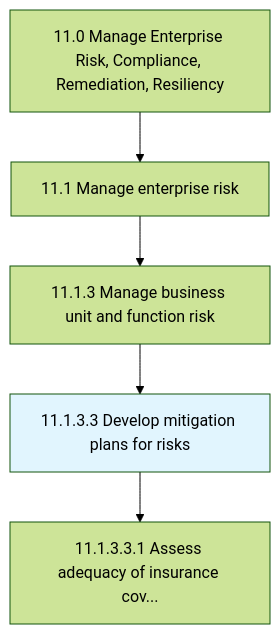
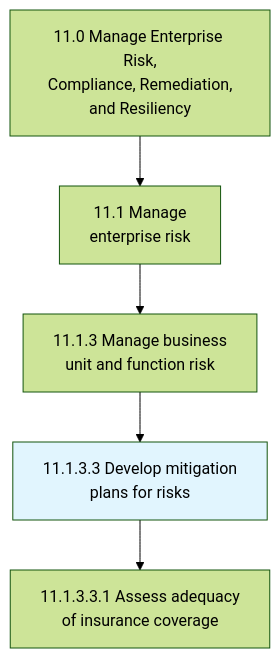
One commit to kziemski/business.org.ai changed the first of 3 diagrams in processes/11-Risk/11.1-ManageEnterpriseRisk/11.1.3-ManageBusinessUnitFunction/11.1.3.3-DevelopMitigationPlansRisks/index.mdx. Above: the diagram before and after it, drawn with Mermaid (forest theme). The commit also changed other lines of this file and 885 other files, not shown here.

````diff
--- a/processes/11-Risk/11.1-ManageEnterpriseRisk/11.1.3-ManageBusinessUnitFunction/11.1.3.3-DevelopMitigationPlansRisks/index.mdx
+++ b/processes/11-Risk/11.1-ManageEnterpriseRisk/11.1.3-ManageBusinessUnitFunction/11.1.3.3-DevelopMitigationPlansRisks/index.mdx
@@ -25,9 +25,10 @@
 ```mermaid
 graph TD
-    C11["11.0 Manage Enterprise Risk, Compliance, Remediation, Resiliency"]
-    C11 --> N11_1["11.1 Manage enterprise risk"]
-    N11_1 --> N11_1_3["11.1.3 Manage business unit and function risk"]
-    N11_1_3 --> N11_1_3_3["11.1.3.3 Develop mitigation plans for risks"]
-    style N11_1_3_3 fill:#e1f5fe
-    N11_1_3_3 --> N11_1_3_3_1["11.1.3.3.1 Assess adequacy of insurance cov..."]
+    C11["11.0 Manage Enterprise Risk,<br/>Compliance, Remediation,<br/>and Resiliency"] --> G111["11.1 Manage<br/>enterprise risk"]
+    G111 --> P1113["11.1.3 Manage business<br/>unit and function risk"]
+    P1113 --> A11133["11.1.3.3 Develop mitigation<br/>plans for risks"]
+
+    A11133 --> A111331["11.1.3.3.1 Assess adequacy<br/>of insurance coverage"]
+
+    style A11133 fill:#e1f5fe
 ```
````
